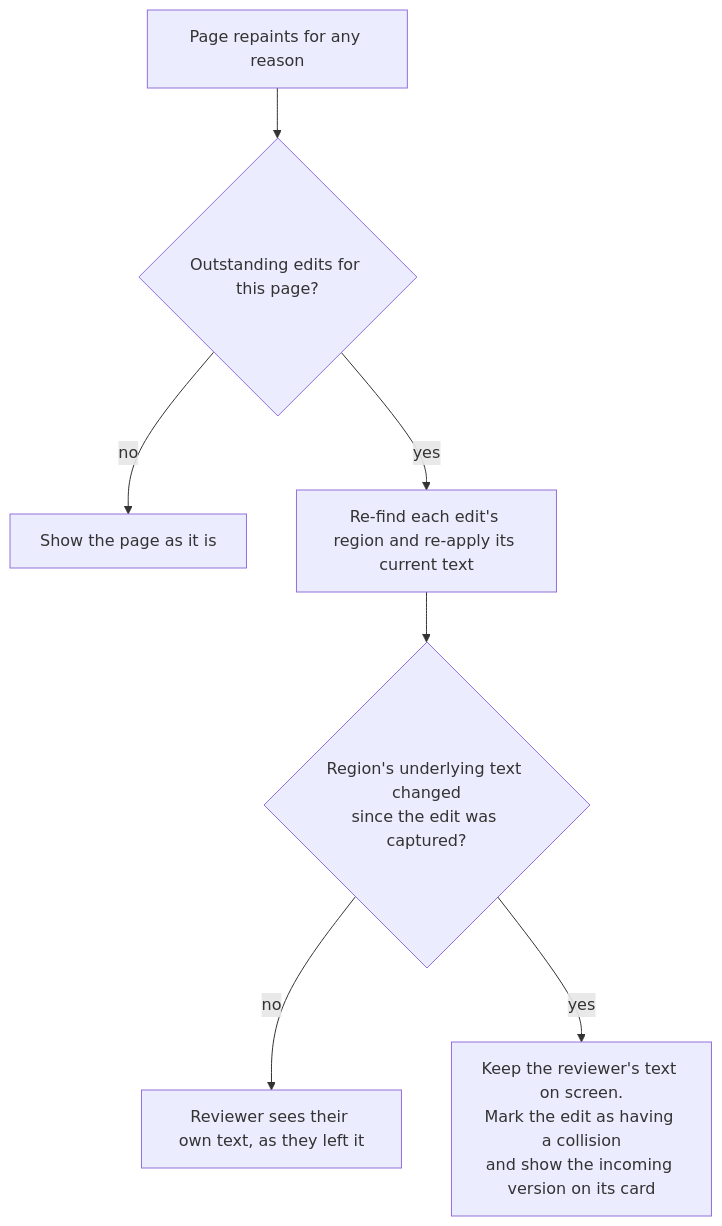
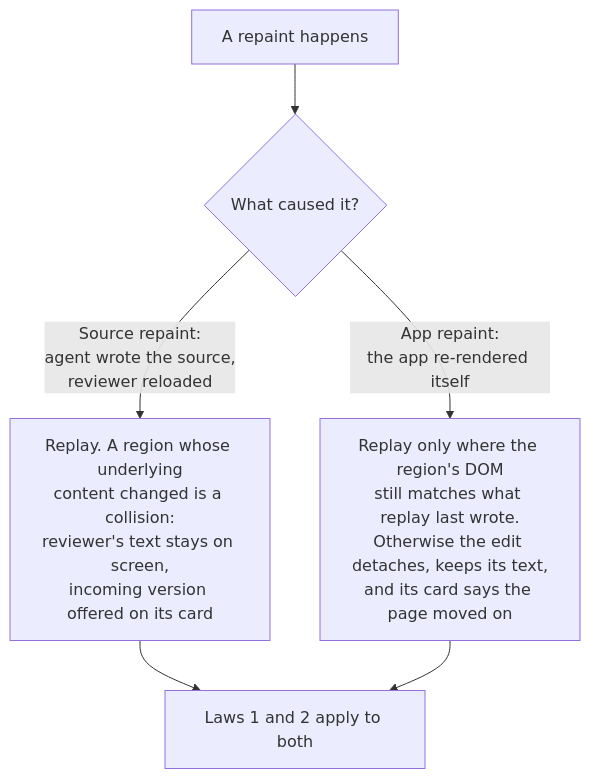
The second of 4 diagrams in docs/features/20260812.01_live_agentic_html_editor/02_architecture_live_agentic_html_editor.md (kenxle/live-agentic-html-editor), drawn with Mermaid before and after one commit. The commit also changed other lines of this file and 1 other file, not shown here.

Commit message:
Architecture: rewrite for both reviews, replay laws, auth, injection contract, source hints

````diff
--- a/docs/features/20260812.01_live_agentic_html_editor/02_architecture_live_agentic_html_editor.md
+++ b/docs/features/20260812.01_live_agentic_html_editor/02_architecture_live_agentic_html_editor.md
@@ -122,9 +165,8 @@
 ```mermaid
 flowchart TD
-    E["Page repaints for any reason"] --> R{"Outstanding edits for this page?"}
-    R -->|no| Done["Show the page as it is"]
-    R -->|yes| Re["Re-find each edit's region and re-apply its current text"]
-    Re --> C{"Region's underlying text changed<br/>since the edit was captured?"}
-    C -->|no| Show["Reviewer sees their own text, as they left it"]
-    C -->|yes| Conflict["Keep the reviewer's text on screen.<br/>Mark the edit as having a collision<br/>and show the incoming version on its card"]
+    Repaint["A repaint happens"] --> Kind{"What caused it?"}
+    Kind -->|"Source repaint:<br/>agent wrote the source,<br/>reviewer reloaded"| Src["Replay. A region whose underlying<br/>content changed is a collision:<br/>reviewer's text stays on screen,<br/>incoming version offered on its card"]
+    Kind -->|"App repaint:<br/>the app re-rendered itself"| App["Replay only where the region's DOM<br/>still matches what replay last wrote.<br/>Otherwise the edit detaches, keeps its text,<br/>and its card says the page moved on"]
+    Src --> Laws["Laws 1 and 2 apply to both"]
+    App --> Laws
 ```
````
